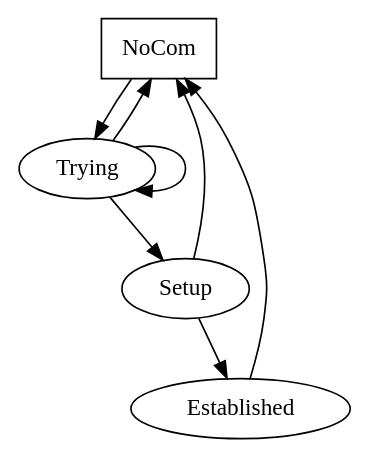
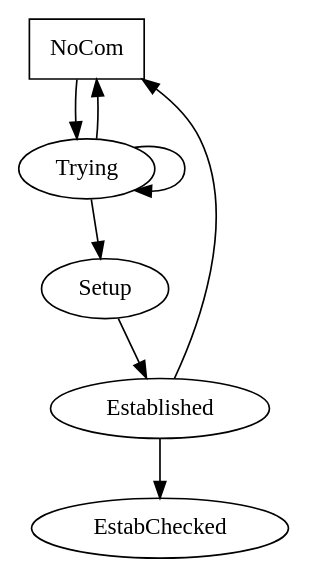
One commit to openETCS/requirements changed the diagram in Workspace/SafetyRequirementsExamples/includes/establish.dot. Above: the diagram before and after it, drawn with Graphviz. The commit also changed 6 other files, not shown here.

```diff
--- a/Workspace/SafetyRequirementsExamples/includes/establish.dot
+++ b/Workspace/SafetyRequirementsExamples/includes/establish.dot
@@ -1,10 +1,11 @@
 digraph EstablishCom {
 	NoCom [shape=box];
 	NoCom -> Trying;
 	Trying -> NoCom;
 	Trying -> Trying;
 	Trying -> Setup;
-	Setup -> NoCom;
+	Setup;
 	Setup -> Established;
 	Established-> NoCom;
+	Established-> EstabChecked;
 }
```
